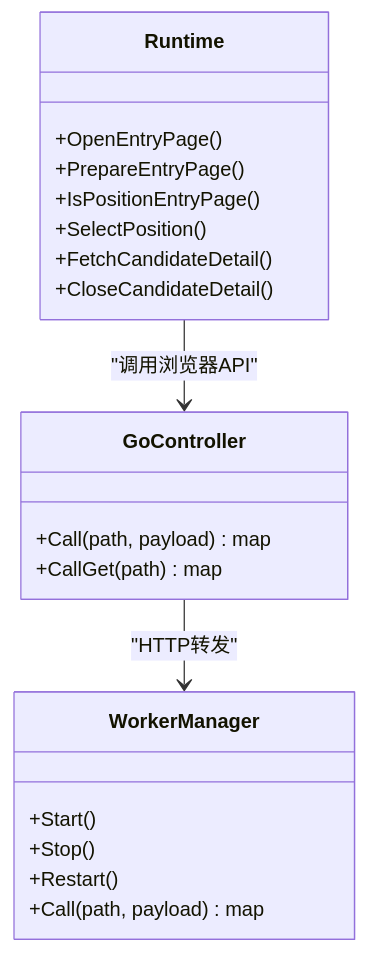
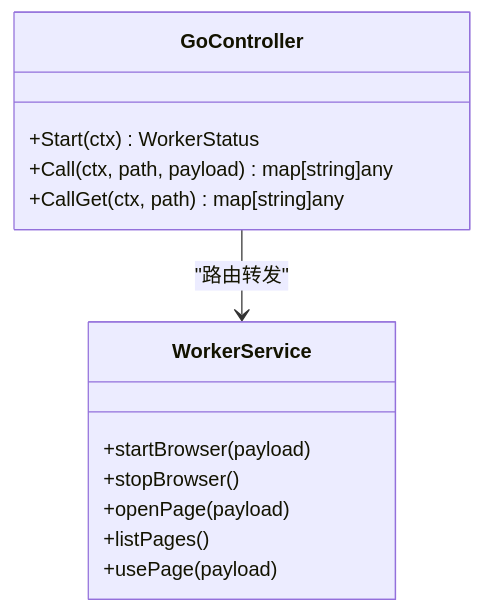
One commit to alvinwangzi/goodhr changed the seventh of 8 diagrams in .qoder/repowiki/zh/content/本地执行器/平台适配器/Boss直聘适配器/页面导航控制.md. Above: the diagram before and after it, drawn with Mermaid. The commit also changed other lines of this file and 149 other files, not shown here.

````diff
--- a/.qoder/repowiki/zh/content/本地执行器/平台适配器/Boss直聘适配器/页面导航控制.md
+++ b/.qoder/repowiki/zh/content/本地执行器/平台适配器/Boss直聘适配器/页面导航控制.md
@@ -240,23 +265,16 @@
 ```mermaid
 classDiagram
-class Runtime {
-+OpenEntryPage()
-+PrepareEntryPage()
-+IsPositionEntryPage()
-+SelectPosition()
-+FetchCandidateDetail()
-+CloseCandidateDetail()
+class GoController {
++Start(ctx) WorkerStatus
++Call(ctx, path, payload) map[string]any
++CallGet(ctx, path) map[string]any
 }
-class GoController {
-+Call(path, payload) map
-+CallGet(path) map
+class WorkerService {
++startBrowser(payload)
++stopBrowser()
++openPage(payload)
++listPages()
++usePage(payload)
 }
-class WorkerManager {
-+Start()
-+Stop()
-+Restart()
-+Call(path, payload) map
-}
-Runtime --> GoController : "调用浏览器API"
-GoController --> WorkerManager : "HTTP转发"
+GoController --> WorkerService : "路由转发"
 ```
````
